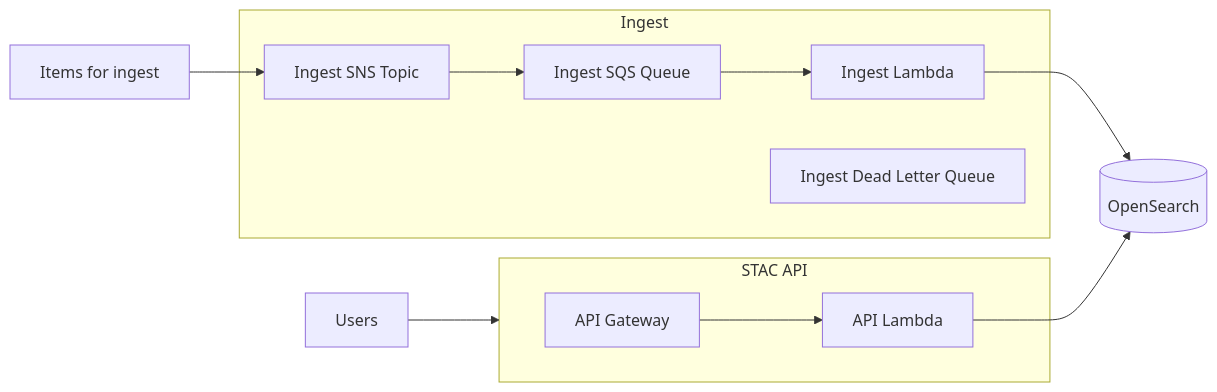
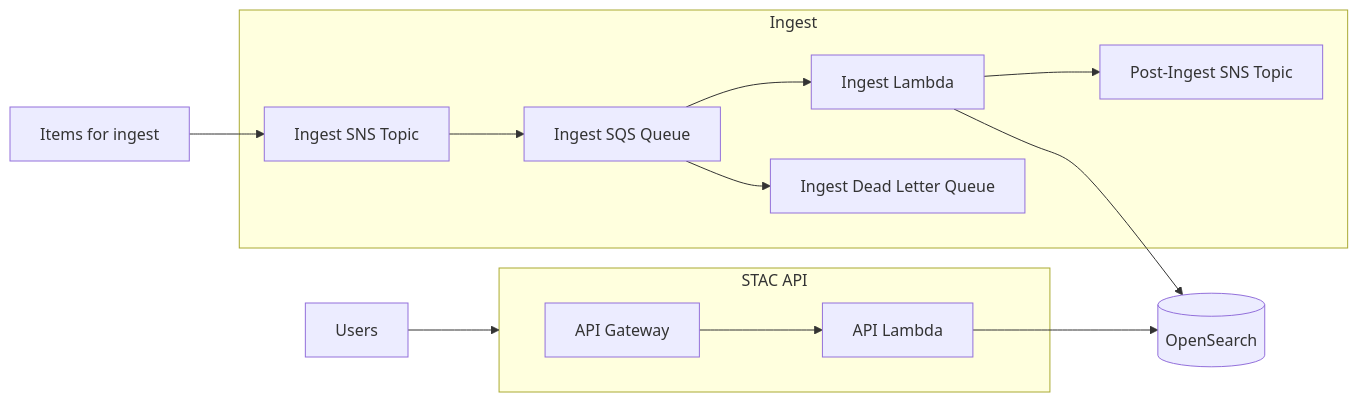
Before and after one commit to stac-utils/stac-server: the first of 2 diagrams in README.md, drawn with Mermaid. The commit also changed other lines of this file, not shown here.

Commit message:
Add post-ingest SNS publishing details to README

````diff
--- a/README.md
+++ b/README.md
@@ -84,37 +84,40 @@
 ```mermaid
 flowchart LR
 
 itemsForIngest[Items for ingest]
 
 subgraph ingest[Ingest]
   ingestSnsTopic[Ingest SNS Topic]
   ingestQueue[Ingest SQS Queue]
   ingestLambda[Ingest Lambda]
+  postIngestSnsTopic[Post-Ingest SNS Topic]
 
   ingestDeadLetterQueue[Ingest Dead Letter Queue]
 end
 
 users[Users]
 
 subgraph api[STAC API]
   apiGateway[API Gateway]
   apiLambda[API Lambda]
 end
 
 opensearch[(OpenSearch)]
 
 %% Ingest workflow
 
 itemsForIngest --> ingestSnsTopic
 ingestSnsTopic --> ingestQueue
 ingestQueue --> ingestLambda
+ingestQueue --> ingestDeadLetterQueue
 ingestLambda --> opensearch
+ingestLambda --> postIngestSnsTopic
 
 
 %% API workflow
 
 users --> api
 apiGateway --> apiLambda
 apiLambda --> opensearch
 
 ```
````
